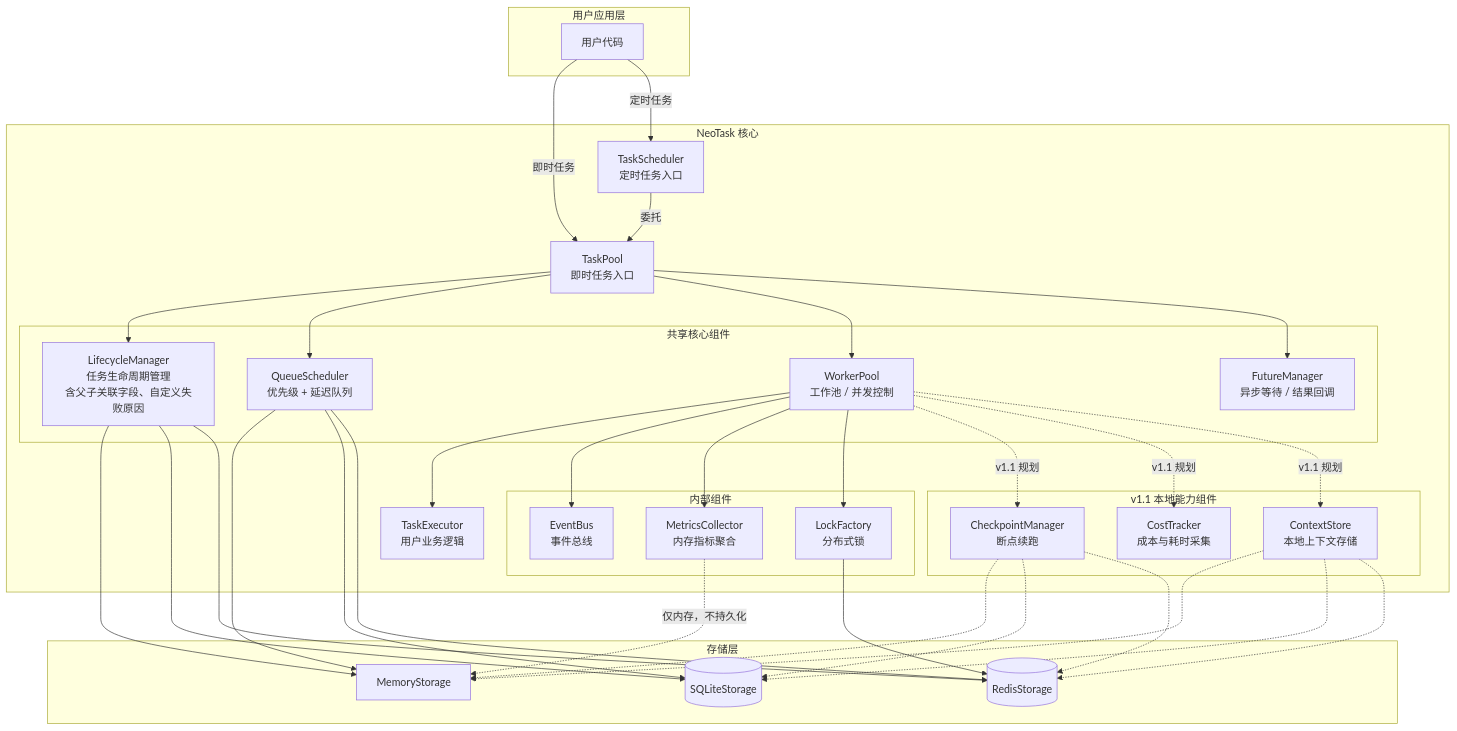
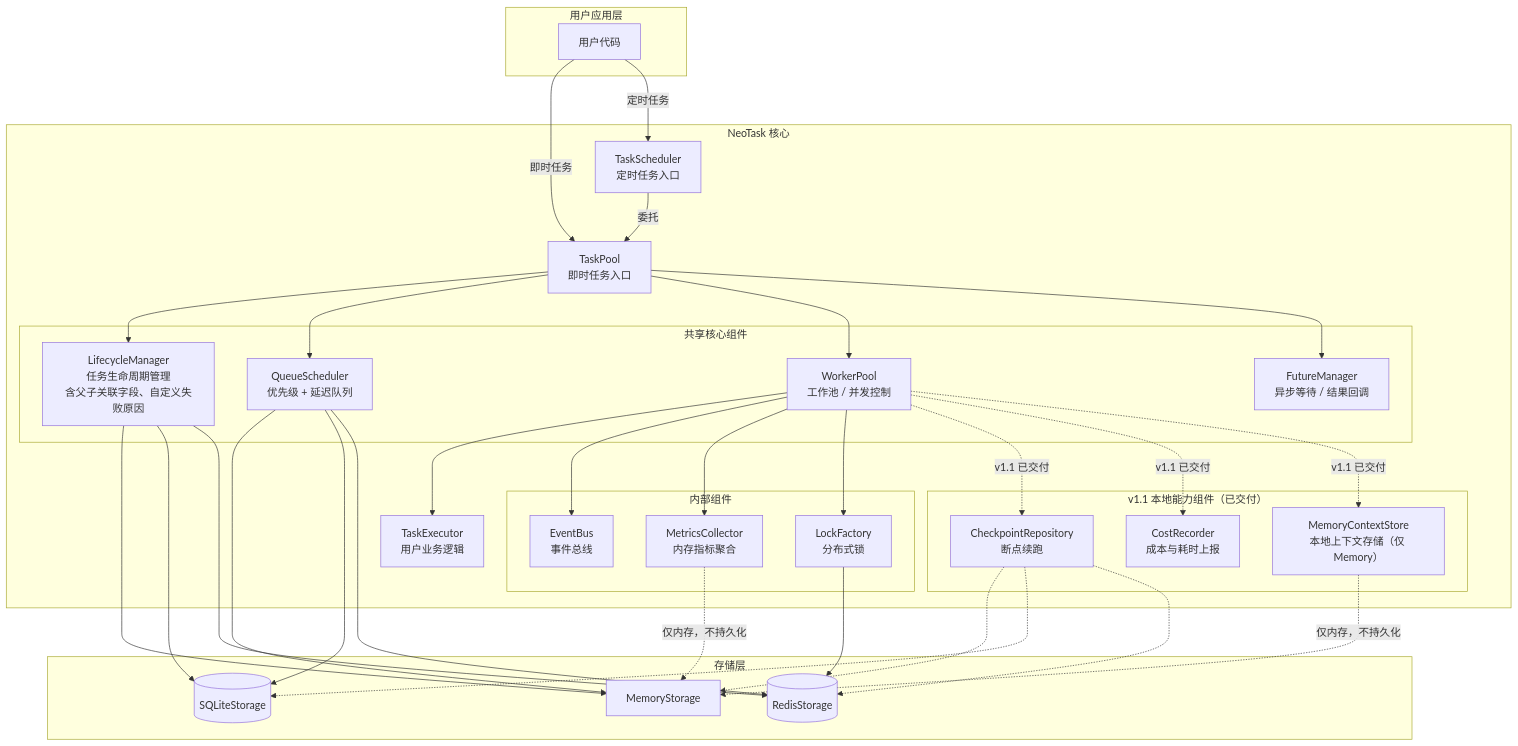
Before and after one commit to neopen/neotask: the first of 2 diagrams in README_zh.md, drawn with Mermaid. The commit also changed other lines of this file and 1 other file, not shown here.

First line of the commit message:
docs(readme): 双语路线图与架构图同步 v1.1 已交付与执行面定位

````diff
--- a/README_zh.md
+++ b/README_zh.md
@@ -72,74 +72,72 @@
 ```mermaid
 graph TB
     subgraph User["用户应用层"]
         APP[用户代码]
     end
 
     subgraph NeoTask["NeoTask 核心"]
         TP[TaskPool<br/>即时任务入口]
         TS[TaskScheduler<br/>定时任务入口]
 
         subgraph Core["共享核心组件"]
             LM[LifecycleManager<br/>任务生命周期管理<br/>含父子关联字段、自定义失败原因]
             QS[QueueScheduler<br/>优先级 + 延迟队列]
             WP[WorkerPool<br/>工作池 / 并发控制]
             FM[FutureManager<br/>异步等待 / 结果回调]
         end
 
-        subgraph Planned["v1.1 本地能力组件"]
-            CK[CheckpointManager<br/>断点续跑]
-            CT[CostTracker<br/>成本与耗时采集]
-            CS[ContextStore<br/>本地上下文存储]
+        subgraph Delivered["v1.1 本地能力组件（已交付）"]
+            CK[CheckpointRepository<br/>断点续跑]
+            CT[CostRecorder<br/>成本与耗时上报]
+            CS[MemoryContextStore<br/>本地上下文存储（仅 Memory）]
         end
 
         subgraph Internal["内部组件"]
             EB[EventBus<br/>事件总线]
             MC[MetricsCollector<br/>内存指标聚合]
             LF[LockFactory<br/>分布式锁]
         end
 
         EX[TaskExecutor<br/>用户业务逻辑]
     end
 
     subgraph Storage["存储层"]
         MEM[MemoryStorage]
         SQLITE[(SQLiteStorage)]
         REDIS[(RedisStorage)]
     end
 
     APP -->|即时任务| TP
     APP -->|定时任务| TS
     TS -->|委托| TP
     TP --> LM
     TP --> QS
     TP --> WP
     TP --> FM
 
     WP --> EX
     WP --> EB
     WP --> MC
     WP --> LF
-    WP -.->|v1.1 规划| CK
-    WP -.->|v1.1 规划| CT
-    WP -.->|v1.1 规划| CS
+    WP -.->|v1.1 已交付| CK
+    WP -.->|v1.1 已交付| CT
+    WP -.->|v1.1 已交付| CS
 
     LM --> MEM
     LM --> SQLITE
     LM --> REDIS
 
     QS --> MEM
     QS --> SQLITE
     QS --> REDIS
 
     CK -.-> MEM
     CK -.-> SQLITE
     CK -.-> REDIS
 
-    CS -.-> MEM
-    CS -.-> SQLITE
-    CS -.-> REDIS
+    CS -.->|仅内存，不持久化| MEM
 
     MC -.->|仅内存，不持久化| MEM
 
     LF --> REDIS
 ```
````
